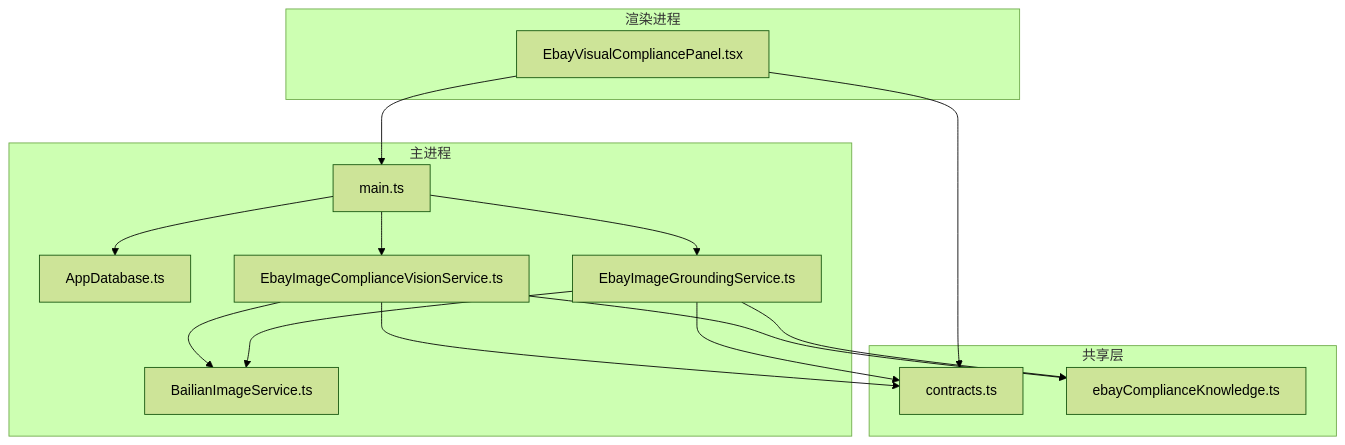
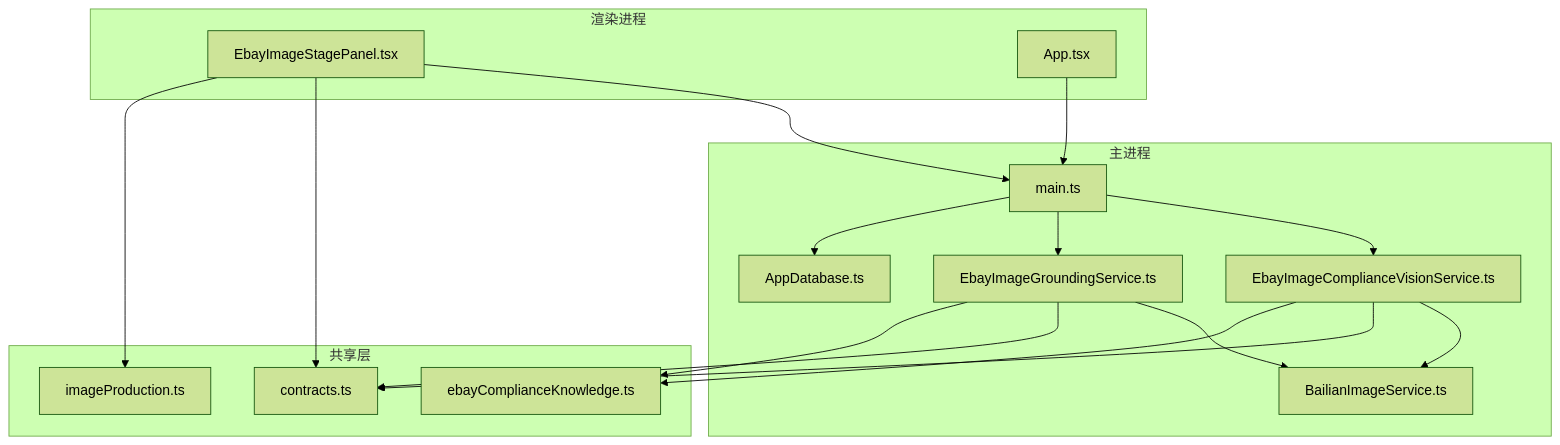
The first of 6 diagrams in .qoder/repowiki/zh/content/Ebay功能模块/图像合规检查/图像合规检查.md (iljahofbauer219-lang/yandu), drawn with Mermaid (forest theme) before and after one commit. The commit also changed other lines of this file and 3071 other files, not shown here.

````diff
--- a/.qoder/repowiki/zh/content/Ebay功能模块/图像合规检查/图像合规检查.md
+++ b/.qoder/repowiki/zh/content/Ebay功能模块/图像合规检查/图像合规检查.md
@@ -38,28 +49,32 @@
 ```mermaid
 graph TB
 subgraph "渲染进程"
-UI["EbayVisualCompliancePanel.tsx"]
+UI["EbayImageStagePanel.tsx"]
+MainUI["App.tsx"]
 end
 subgraph "主进程"
 Main["main.ts"]
 DB["AppDatabase.ts"]
 VisionSvc["EbayImageComplianceVisionService.ts"]
 GroundingSvc["EbayImageGroundingService.ts"]
 BailianImg["BailianImageService.ts"]
 end
 subgraph "共享层"
 Contracts["contracts.ts"]
 Knowledge["ebayComplianceKnowledge.ts"]
+ImageProd["imageProduction.ts"]
 end
 UI --> Main
+MainUI --> Main
 Main --> VisionSvc
 Main --> GroundingSvc
 VisionSvc --> BailianImg
 GroundingSvc --> BailianImg
 Main --> DB
 UI --> Contracts
 VisionSvc --> Contracts
 GroundingSvc --> Contracts
 VisionSvc --> Knowledge
 GroundingSvc --> Knowledge
+UI --> ImageProd
 ```
````
